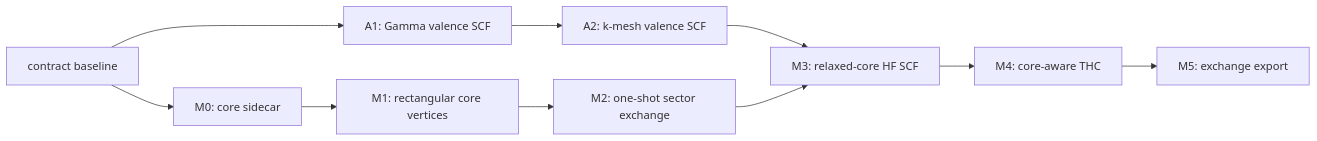
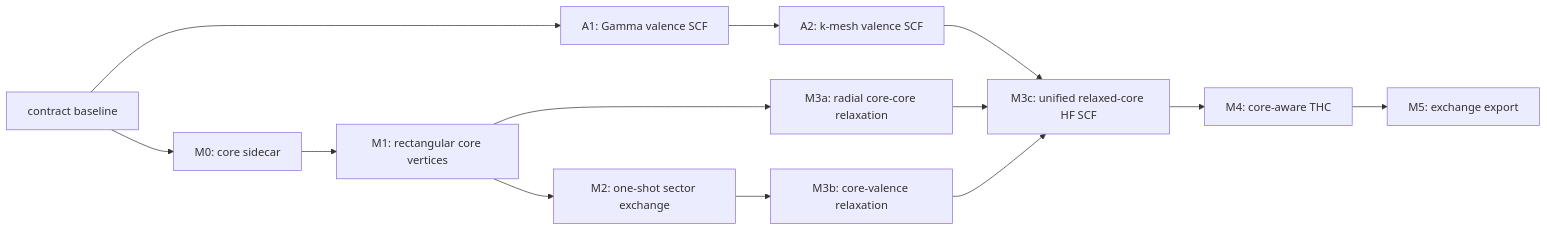
The second of 2 diagrams in doc/23_core_valence_exchange.md (weiyiguo9/libmuffintin), drawn with Mermaid before and after one commit. The commit also changed other lines of this file, not shown here.

Commit message:
docs(hf): correct radial and staging contracts

````diff
--- a/doc/23_core_valence_exchange.md
+++ b/doc/23_core_valence_exchange.md
@@ -346,12 +348,15 @@
 ```mermaid
 flowchart LR
     S["contract baseline"] --> A1["A1: Gamma valence SCF"]
     A1 --> A2["A2: k-mesh valence SCF"]
     S --> M0["M0: core sidecar"]
     M0 --> M1["M1: rectangular core vertices"]
     M1 --> M2["M2: one-shot sector exchange"]
-    A2 --> M3["M3: relaxed-core HF SCF"]
-    M2 --> M3
-    M3 --> M4["M4: core-aware THC"]
+    M1 --> M3A["M3a: radial core-core relaxation"]
+    M2 --> M3B["M3b: core-valence relaxation"]
+    A2 --> M3C["M3c: unified relaxed-core HF SCF"]
+    M3A --> M3C
+    M3B --> M3C
+    M3C --> M4["M4: core-aware THC"]
     M4 --> M5["M5: exchange export"]
 ```
````
